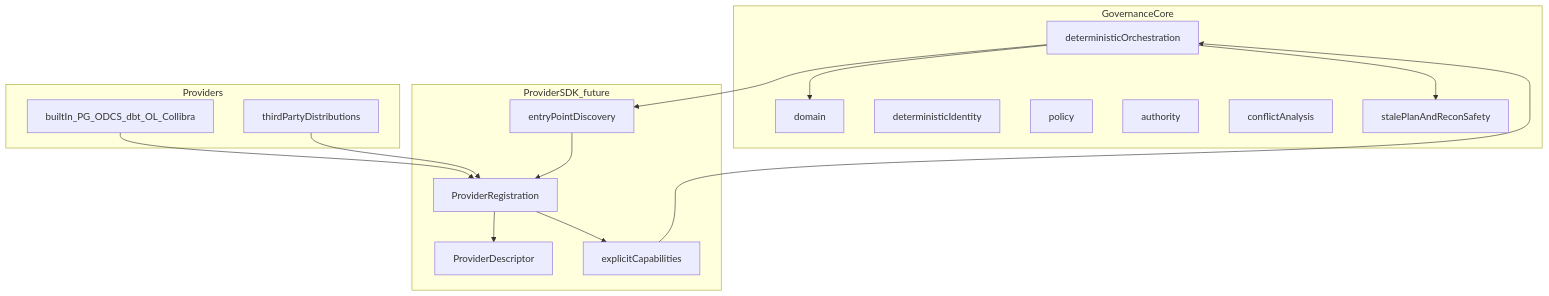
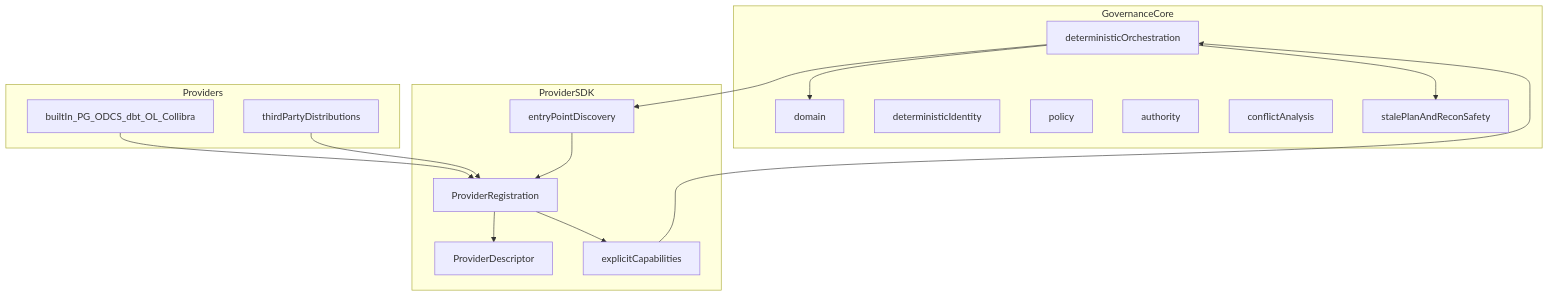
One commit to adrianmartnez/collibra-governance-automation changed the first of 2 diagrams in docs/architecture/provider-sdk-v2.md. Above: the diagram before and after it, drawn with Mermaid. The commit also changed other lines of this file and 24 other files, not shown here.

````diff
--- a/docs/architecture/provider-sdk-v2.md
+++ b/docs/architecture/provider-sdk-v2.md
@@ -133,34 +144,34 @@
 ```mermaid
 flowchart TB
   subgraph core [GovernanceCore]
     Domain[domain]
     Identity[deterministicIdentity]
     Policy[policy]
     Authority[authority]
     Conflicts[conflictAnalysis]
     Safety[stalePlanAndReconSafety]
     Orchestration[deterministicOrchestration]
   end
 
-  subgraph sdk [ProviderSDK_future]
+  subgraph sdk [ProviderSDK]
     Descriptor[ProviderDescriptor]
     Registration[ProviderRegistration]
     Caps[explicitCapabilities]
     Discovery[entryPointDiscovery]
   end
 
   subgraph providers [Providers]
     Builtin[builtIn_PG_ODCS_dbt_OL_Collibra]
     External[thirdPartyDistributions]
   end
 
   Orchestration --> Discovery
   Discovery --> Registration
   Registration --> Descriptor
   Registration --> Caps
   Builtin --> Registration
   External --> Registration
   Caps --> Orchestration
   Orchestration --> Domain
   Orchestration --> Safety
 ```
````
